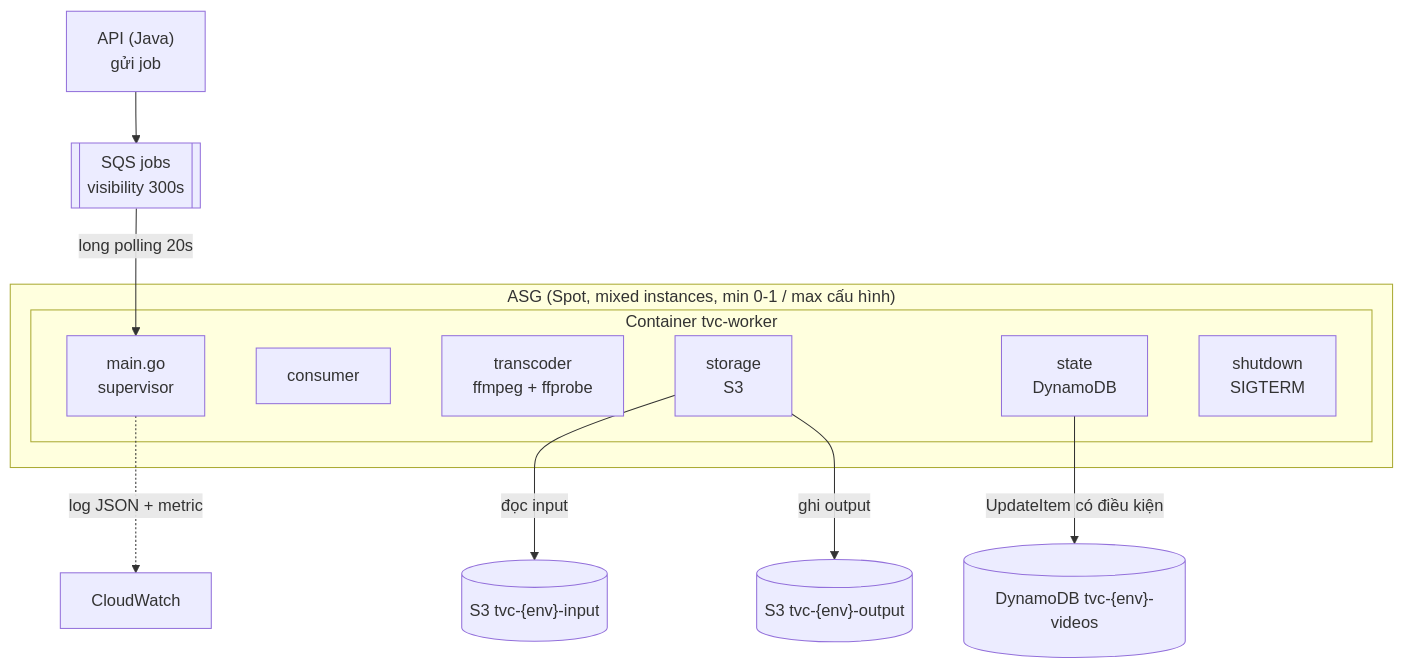
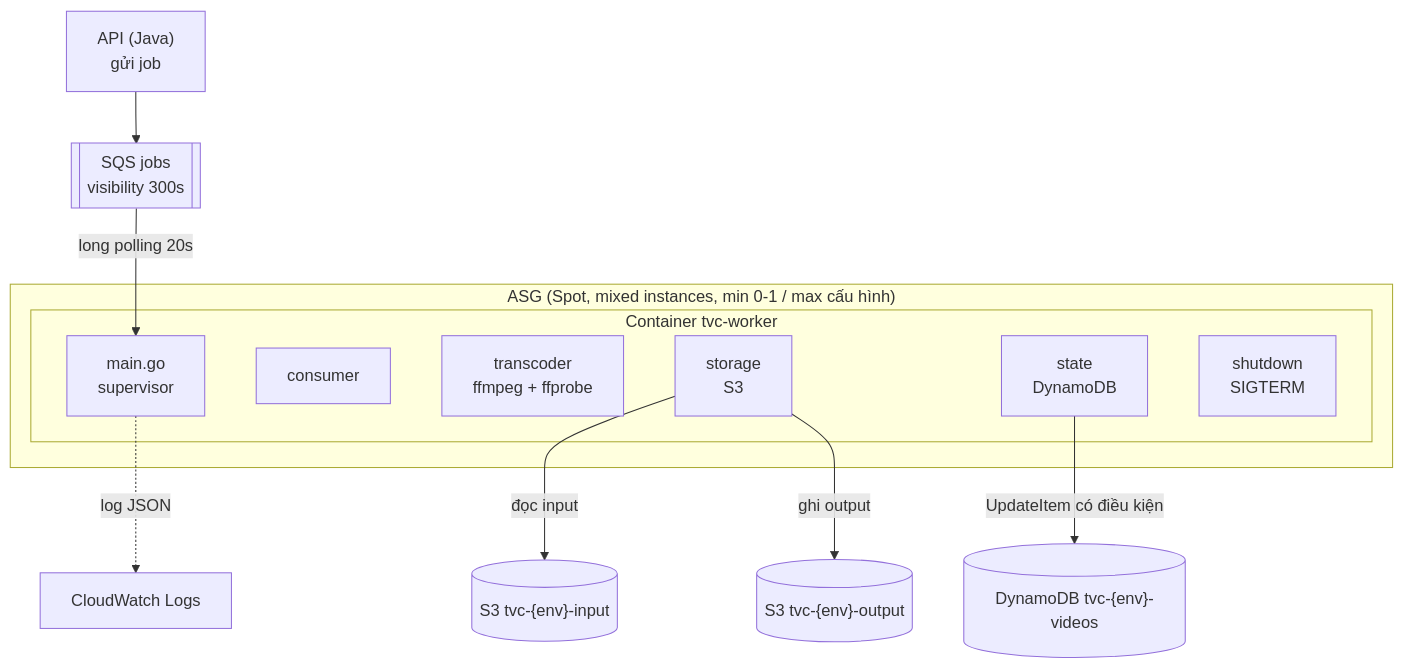
Before and after one commit to vllddlvh/TransvidCloud: the diagram in docs/docs-worker/3. Architecture.md, drawn with Mermaid. The commit also changed other lines of this file and 66 other files, not shown here.

````diff
--- a/docs/docs-worker/3. Architecture.md
+++ b/docs/docs-worker/3. Architecture.md
@@ -5,19 +5,19 @@
 ```mermaid
 flowchart TB
     API["API (Java)<br/>gửi job"] --> SQS[["SQS jobs<br/>visibility 300s"]]
     SQS -->|long polling 20s| W
     subgraph ASG["ASG (Spot, mixed instances, min 0-1 / max cấu hình)"]
         subgraph CTN["Container tvc-worker"]
             W["main.go<br/>supervisor"]
             CONS["consumer"]
             TRANS["transcoder<br/>ffmpeg + ffprobe"]
             STOR["storage<br/>S3"]
             STATE["state<br/>DynamoDB"]
             SD["shutdown<br/>SIGTERM"]
         end
     end
     STOR -->|đọc input| S3IN[("S3 tvc-{env}-input")]
     STOR -->|ghi output| S3OUT[("S3 tvc-{env}-output")]
     STATE -->|UpdateItem có điều kiện| DDB[("DynamoDB tvc-{env}-videos")]
-    W -.->|log JSON + metric| CW["CloudWatch"]
+    W -.->|log JSON| CW["CloudWatch Logs"]
 ```
````
